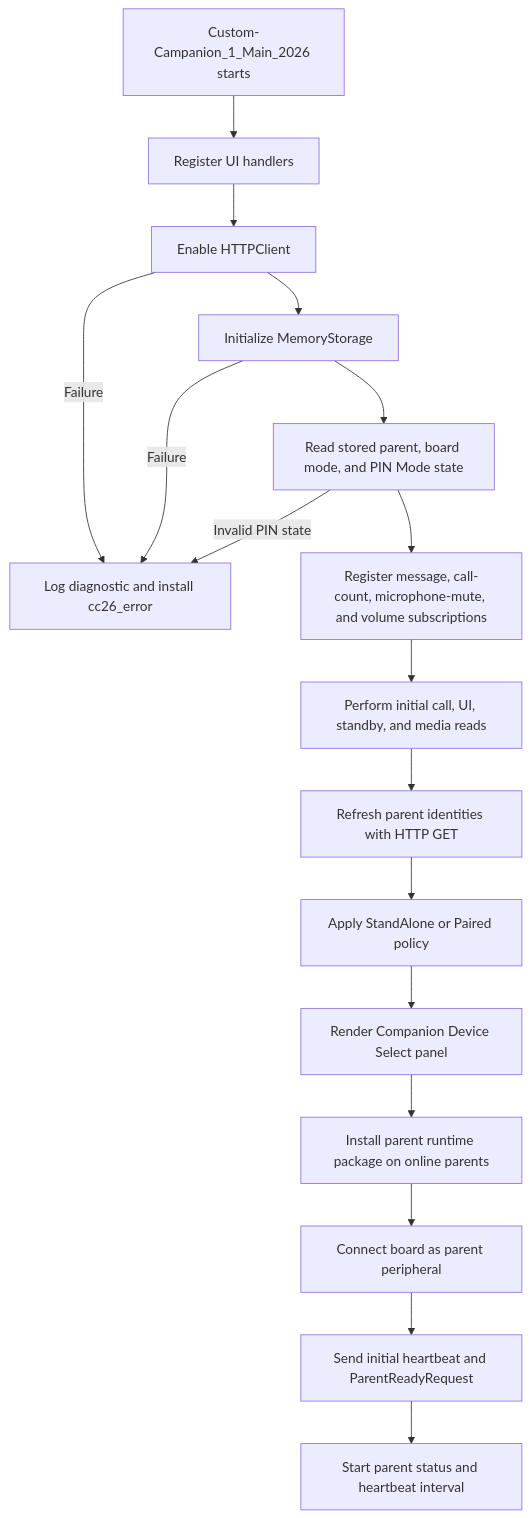
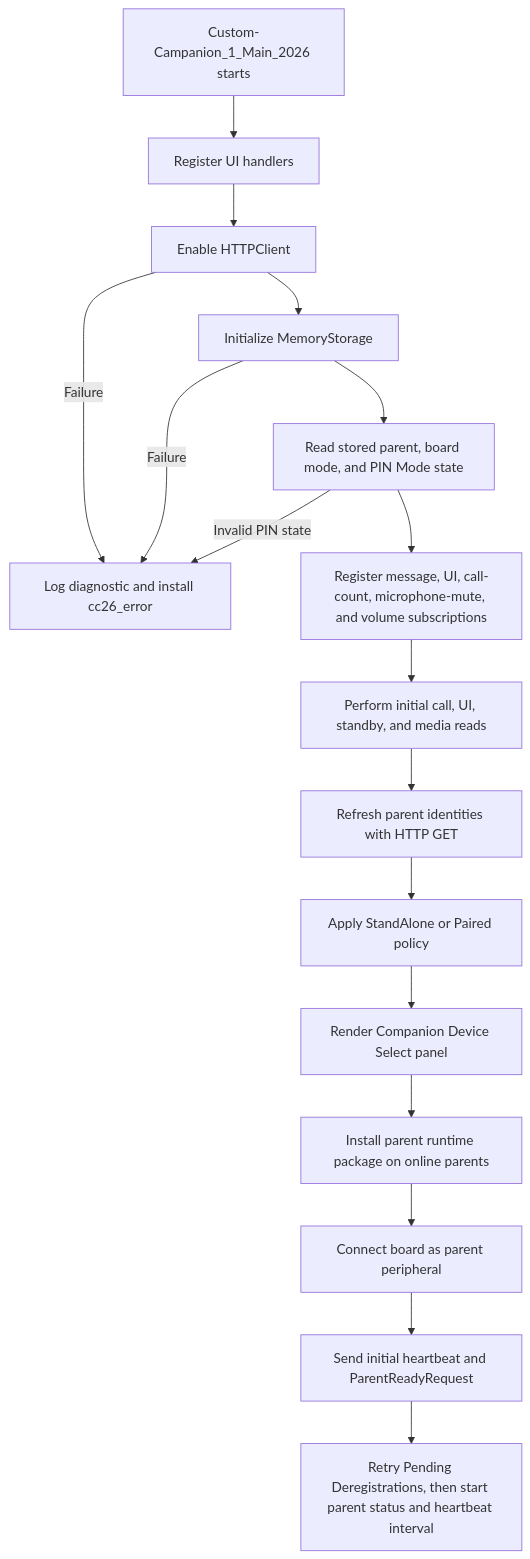
The first of 8 diagrams in README.md (ctg-tme/Custom_Companion_2026), drawn with Mermaid before and after one commit. The commit also changed other lines of this file and 19 other files, not shown here.

````diff
--- a/README.md
+++ b/README.md
@@ -59,19 +60,19 @@
 ```mermaid
 flowchart TD
 	A[Custom-Campanion_1_Main_2026 starts] --> B[Register UI handlers]
 	B --> C[Enable HTTPClient]
 	C --> D[Initialize MemoryStorage]
 	C -- Failure --> X[Log diagnostic and install cc26_error]
 	D -- Failure --> X
 	D --> E[Read stored parent, board mode, and PIN Mode state]
 	E -- Invalid PIN state --> X
-	E --> F[Register message, call-count, microphone-mute, and volume subscriptions]
+	E --> F[Register message, UI, call-count, microphone-mute, and volume subscriptions]
 	F --> G[Perform initial call, UI, standby, and media reads]
 	G --> H[Refresh parent identities with HTTP GET]
 	H --> I[Apply StandAlone or Paired policy]
 	I --> J[Render Companion Device Select panel]
 	J --> K[Install parent runtime package on online parents]
 	K --> L[Connect board as parent peripheral]
 	L --> M[Send initial heartbeat and ParentReadyRequest]
-	M --> N[Start parent status and heartbeat interval]
+	M --> N[Retry Pending Deregistrations, then start parent status and heartbeat interval]
 ```
````
